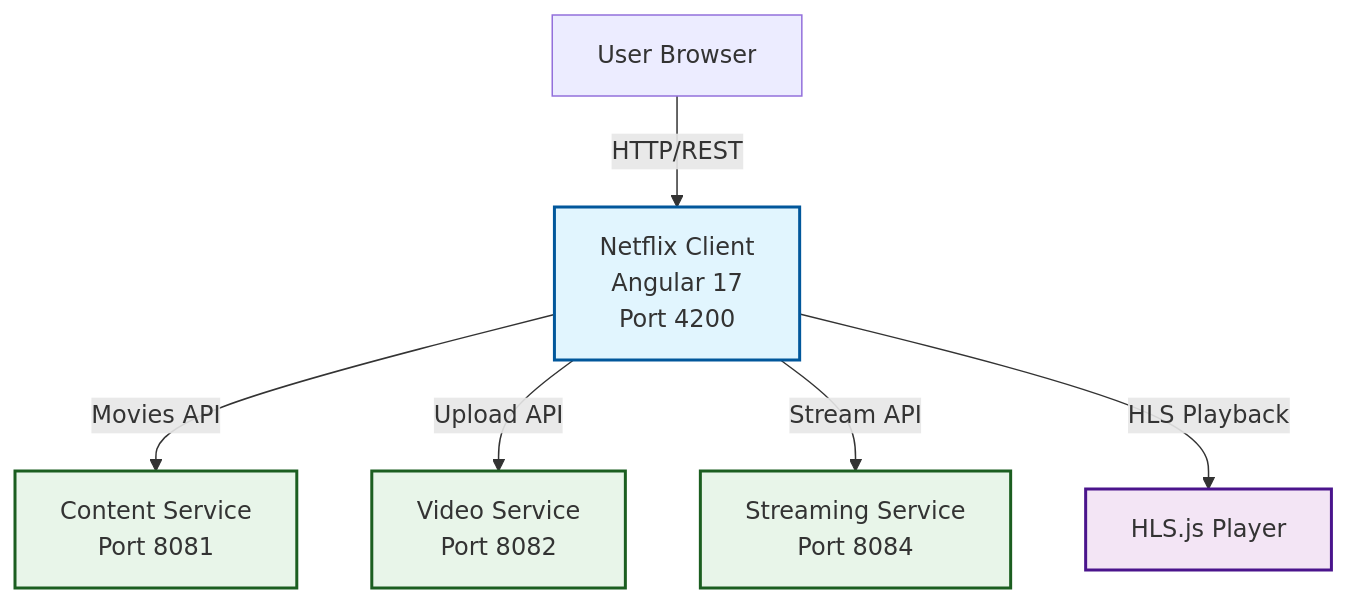
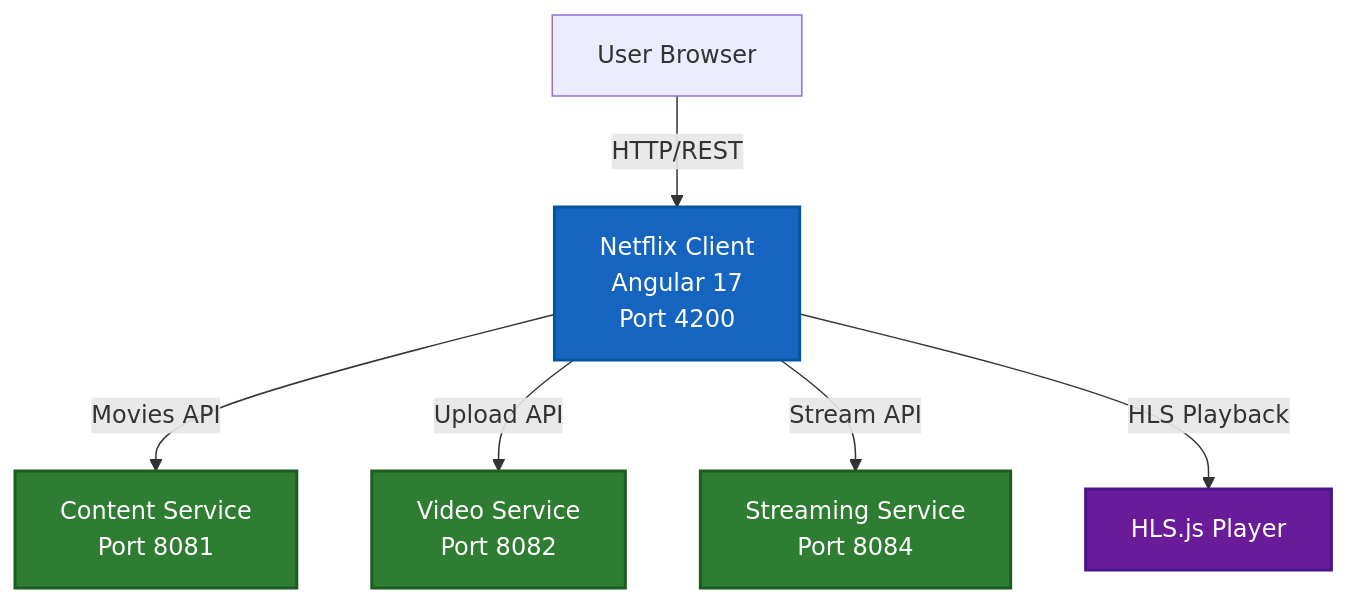
One commit to PagarciaSima/Netflix-Streaming-Spring-Boot-Micro-services changed the diagram in netflix-client/README.md. Above: the diagram before and after it, drawn with Mermaid. The commit also changed 5 other files, not shown here.

Commit message:
readme, adjusting mermaid contrast

````diff
--- a/netflix-client/README.md
+++ b/netflix-client/README.md
@@ -23,16 +23,16 @@
 ```mermaid
 graph TB
     User[User Browser] -->|HTTP/REST| NG[Netflix Client<br/>Angular 17<br/>Port 4200]
     NG -->|Movies API| CS[Content Service<br/>Port 8081]
     NG -->|Upload API| VS[Video Service<br/>Port 8082]
     NG -->|Stream API| SS[Streaming Service<br/>Port 8084]
     NG -->|HLS Playback| HLS[HLS.js Player]
     
-    classDef client fill:#e1f5fe,stroke:#01579b,stroke-width:2px
-    classDef service fill:#e8f5e9,stroke:#1b5e20,stroke-width:2px
-    classDef player fill:#f3e5f5,stroke:#4a148c,stroke-width:2px
+    classDef client fill:#1565c0,color:#ffffff,stroke:#01579b,stroke-width:2px
+    classDef service fill:#2e7d32,color:#ffffff,stroke:#1b5e20,stroke-width:2px
+    classDef player fill:#6a1b9a,color:#ffffff,stroke:#4a148c,stroke-width:2px
     
     class NG client
     class CS,VS,SS service
     class HLS player
 ```
````
